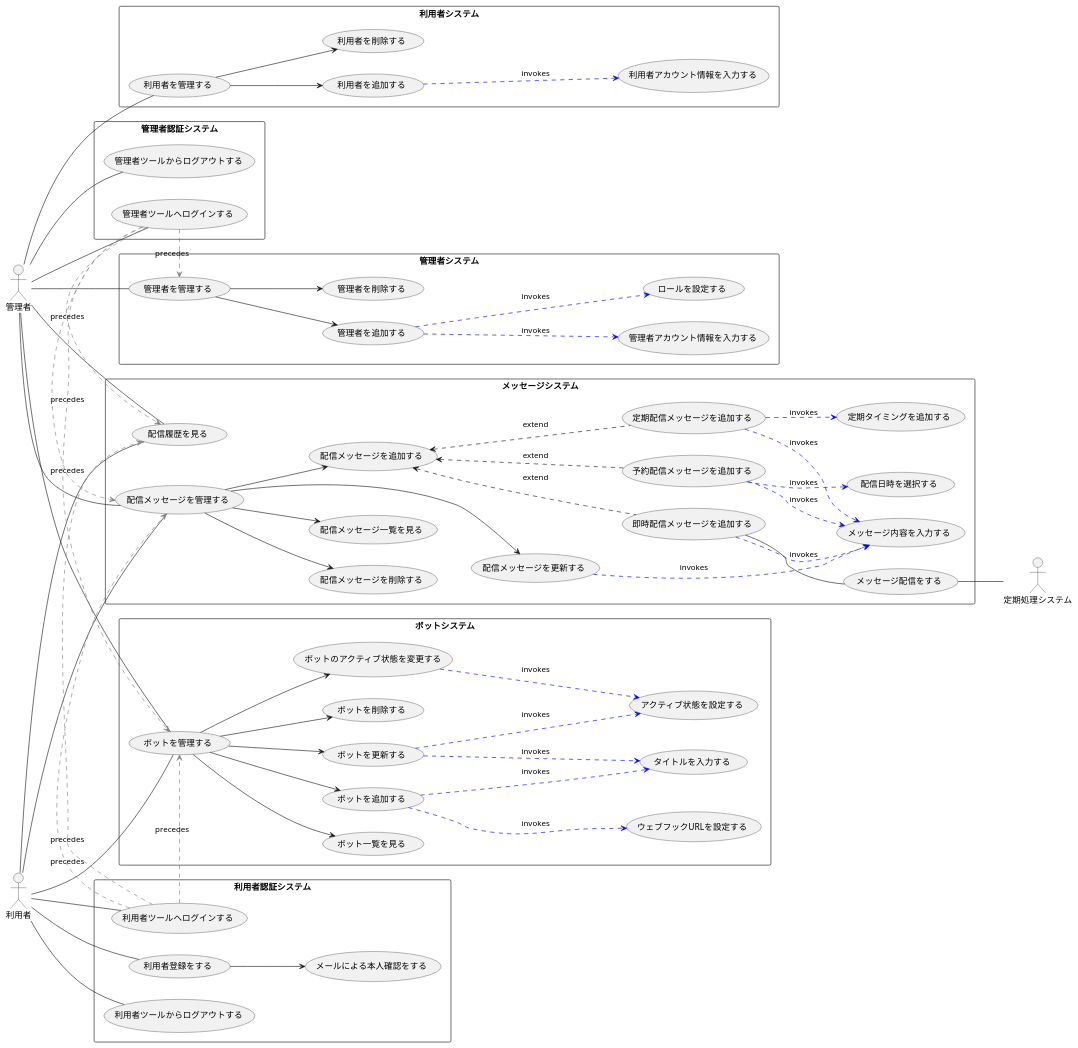
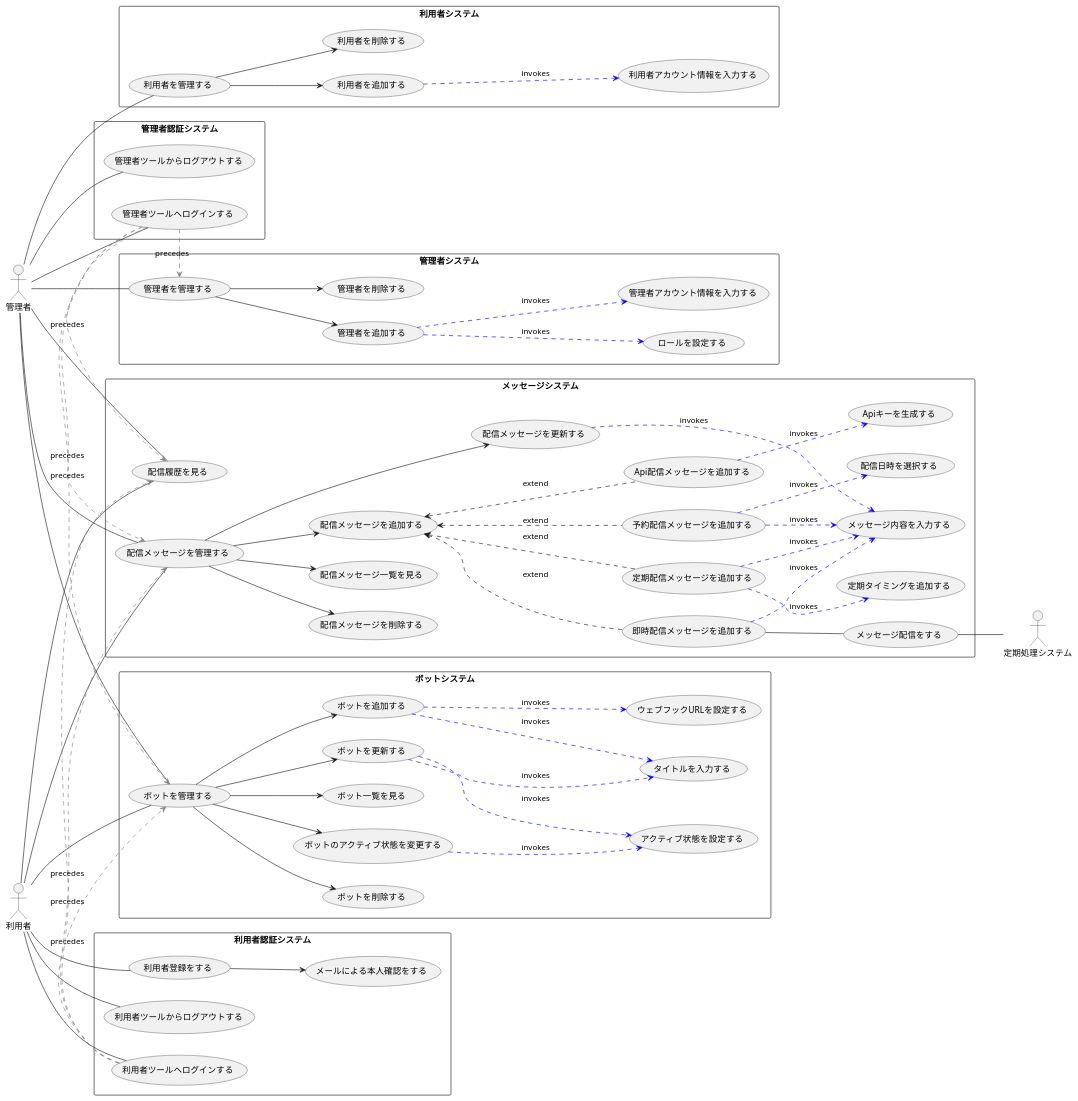
The diagram in document/analysis/usecase.puml (takemo101/dc-scheduler), drawn with PlantUML before and after one commit. The commit also changed 47 other files, not shown here.

```diff
--- a/document/analysis/usecase.puml
+++ b/document/analysis/usecase.puml
@@ -1,130 +1,134 @@
 @startuml usecase
 
 left to right direction
 
 :管理者:
 :利用者:
 :定期処理システム:
 
 rectangle ボットシステム {
     usecase ボットを管理する
     usecase ボットを更新する
     usecase ボットを追加する
     usecase ボットを削除する
     usecase ボットのアクティブ状態を変更する
     usecase ボット一覧を見る
     usecase タイトルを入力する
     usecase ウェブフックURLを設定する
     usecase アクティブ状態を設定する
 }
 rectangle メッセージシステム {
     usecase 配信メッセージを管理する
     usecase 配信メッセージを追加する
     usecase 即時配信メッセージを追加する
     usecase 定期配信メッセージを追加する
     usecase 予約配信メッセージを追加する
+    usecase Api配信メッセージを追加する
     usecase 配信メッセージを更新する
     usecase 配信メッセージを削除する
     usecase 配信メッセージ一覧を見る
     usecase メッセージ内容を入力する
     usecase 配信日時を選択する
     usecase 定期タイミングを追加する
+    usecase Apiキーを生成する
 
     usecase 配信履歴を見る
 
     usecase メッセージ配信をする
 }
 
 rectangle 管理者システム {
     usecase 管理者を管理する
     usecase 管理者を追加する
     usecase 管理者を削除する
     usecase 管理者アカウント情報を入力する
     usecase ロールを設定する
 }
 
 rectangle 利用者システム {
     usecase 利用者を管理する
     usecase 利用者を追加する
     usecase 利用者を削除する
     usecase 利用者アカウント情報を入力する
 }
 
 rectangle 管理者認証システム {
     usecase 管理者ツールへログインする
     usecase 管理者ツールからログアウトする
 }
 
 rectangle 利用者認証システム {
     usecase 利用者登録をする
     usecase メールによる本人確認をする
 
     usecase 利用者ツールへログインする
     usecase 利用者ツールからログアウトする
 }
 
 管理者 -- ボットを管理する
 利用者 -- ボットを管理する
 ボットを管理する --> ボットを追加する
 ボットを管理する --> ボットを更新する
 ボットを管理する --> ボットを削除する
 ボットを管理する --> ボット一覧を見る
 ボットを管理する --> ボットのアクティブ状態を変更する
 ボットを追加する ..> タイトルを入力する #blue :invokes
 ボットを追加する ..> ウェブフックURLを設定する #blue : invokes
 ボットを更新する ..> タイトルを入力する #blue :invokes
 ボットを更新する ..> アクティブ状態を設定する #blue :invokes
 ボットのアクティブ状態を変更する ..> アクティブ状態を設定する #blue :invokes
 
 管理者 -- 配信メッセージを管理する
 利用者 -- 配信メッセージを管理する
 配信メッセージを管理する --> 配信メッセージを追加する
 配信メッセージを追加する <.. 即時配信メッセージを追加する :extend
 配信メッセージを追加する <.. 定期配信メッセージを追加する :extend
 配信メッセージを追加する <.. 予約配信メッセージを追加する :extend
+配信メッセージを追加する <.. Api配信メッセージを追加する :extend
 配信メッセージを管理する --> 配信メッセージを更新する
 配信メッセージを管理する --> 配信メッセージを削除する
 配信メッセージを管理する --> 配信メッセージ一覧を見る
 即時配信メッセージを追加する ..> メッセージ内容を入力する #blue :invokes
 定期配信メッセージを追加する ..> メッセージ内容を入力する #blue :invokes
 予約配信メッセージを追加する ..> メッセージ内容を入力する #blue :invokes
 予約配信メッセージを追加する ..> 配信日時を選択する #blue :invokes
 定期配信メッセージを追加する ..> 定期タイミングを追加する #blue :invokes
 配信メッセージを更新する ..> メッセージ内容を入力する #blue :invokes
+Api配信メッセージを追加する ..> Apiキーを生成する #blue :invokes
 
 管理者 -- 配信履歴を見る
 利用者 -- 配信履歴を見る
 
 管理者 -- 管理者ツールへログインする
 管理者 -- 管理者ツールからログアウトする
 
 管理者 -- 管理者を管理する
 管理者を管理する --> 管理者を追加する
 管理者を管理する --> 管理者を削除する
 管理者を追加する ..> 管理者アカウント情報を入力する #blue :invokes
 管理者を追加する ..> ロールを設定する #blue :invokes
 
 管理者 -- 利用者を管理する
 利用者を管理する --> 利用者を追加する
 利用者を管理する --> 利用者を削除する
 利用者を追加する ..> 利用者アカウント情報を入力する #blue :invokes
 
 利用者 -- 利用者登録をする
 利用者登録をする --> メールによる本人確認をする
 利用者 -- 利用者ツールへログインする
 利用者 -- 利用者ツールからログアウトする
 
 
 管理者ツールへログインする .> ボットを管理する #gray :precedes
 管理者ツールへログインする .> 配信メッセージを管理する #gray :precedes
 管理者ツールへログインする .> 配信履歴を見る #gray :precedes
 管理者ツールへログインする .> 管理者を管理する #gray :precedes
 
 利用者ツールへログインする .> ボットを管理する #gray :precedes
 利用者ツールへログインする .> 配信メッセージを管理する #gray :precedes
 利用者ツールへログインする .> 配信履歴を見る #gray :precedes
 
 即時配信メッセージを追加する -- メッセージ配信をする
 メッセージ配信をする -- 定期処理システム
 
 @enduml
```
